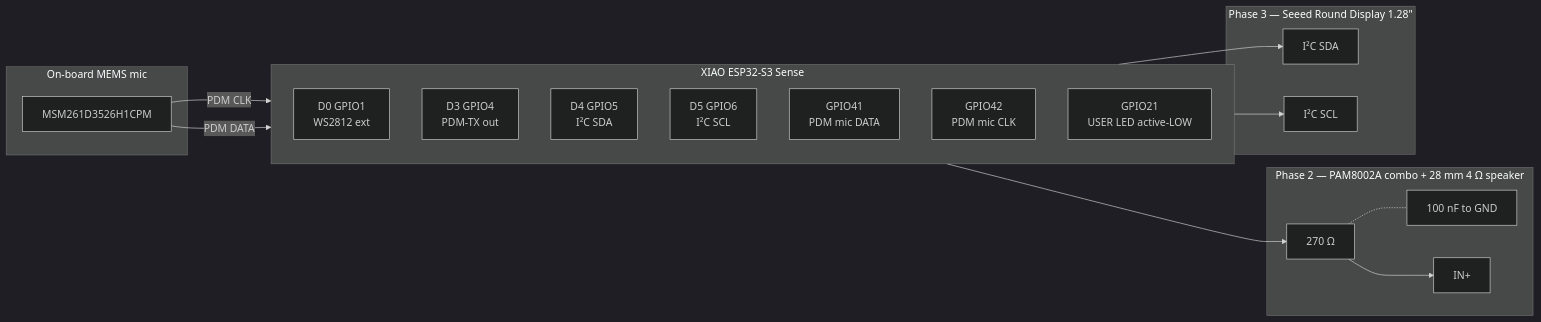
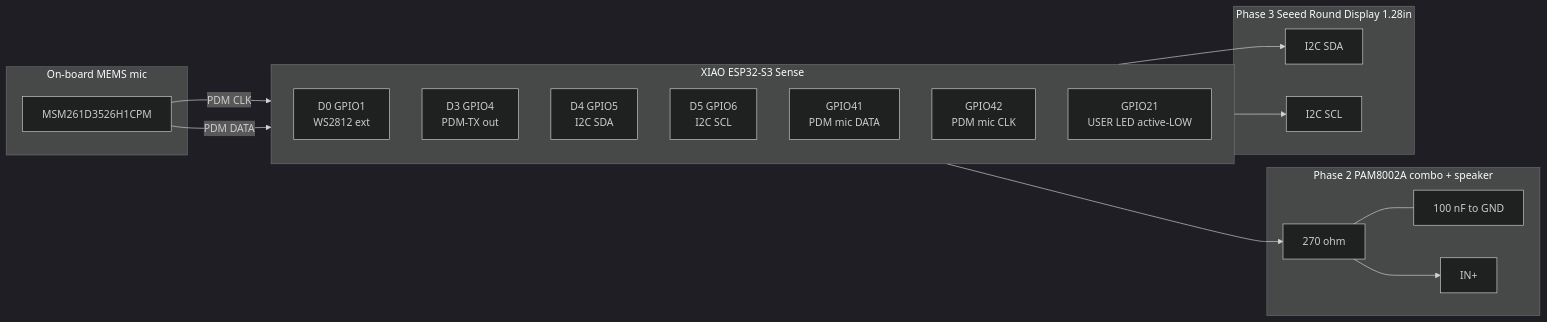
Before and after one commit to PascalAI2024/JarvisNano: the first of 3 diagrams in docs/HARDWARE.md, drawn with Mermaid (dark theme). The commit also changed other lines of this file and 2 other files, not shown here.

Commit message:
fix: sanitize all mermaid blocks for GitHub renderer (strip emojis, sup-2, em-dash, padded titles)

````diff
--- a/docs/HARDWARE.md
+++ b/docs/HARDWARE.md
@@ -38,35 +38,36 @@
 ```mermaid
 flowchart LR
     subgraph BOARD[XIAO ESP32-S3 Sense]
         direction TB
         D0[D0 GPIO1<br/>WS2812 ext]
         D3X[D3 GPIO4<br/>PDM-TX out]
-        D4[D4 GPIO5<br/>I²C SDA]
-        D5[D5 GPIO6<br/>I²C SCL]
+        D4[D4 GPIO5<br/>I2C SDA]
+        D5[D5 GPIO6<br/>I2C SCL]
         ONBOARD41[GPIO41<br/>PDM mic DATA]
         ONBOARD42[GPIO42<br/>PDM mic CLK]
         LED21[GPIO21<br/>USER LED active-LOW]
     end
 
     subgraph PDM[On-board MEMS mic]
         MIC[MSM261D3526H1CPM]
     end
 
-    subgraph AMP[Phase 2 — PAM8002A combo + 28 mm 4 Ω speaker]
-        R[270 Ω]
+    subgraph AMP[Phase 2 PAM8002A combo + speaker]
+        R[270 ohm]
         C[100 nF to GND]
         INP[IN+]
     end
 
-    subgraph SCREEN[Phase 3 — Seeed Round Display 1.28&quot;]
-        TSDA[I²C SDA]
-        TSCL[I²C SCL]
+    subgraph SCREEN[Phase 3 Seeed Round Display 1.28in]
+        TSDA[I2C SDA]
+        TSCL[I2C SCL]
     end
 
-    MIC -- PDM CLK --> ONBOARD42
-    MIC -- PDM DATA --> ONBOARD41
-    D3X --> R --> INP
-    R -.- C
+    MIC -->|PDM CLK| ONBOARD42
+    MIC -->|PDM DATA| ONBOARD41
+    D3X --> R
+    R --> INP
+    R --- C
     D4 --> TSDA
     D5 --> TSCL
 ```
````
